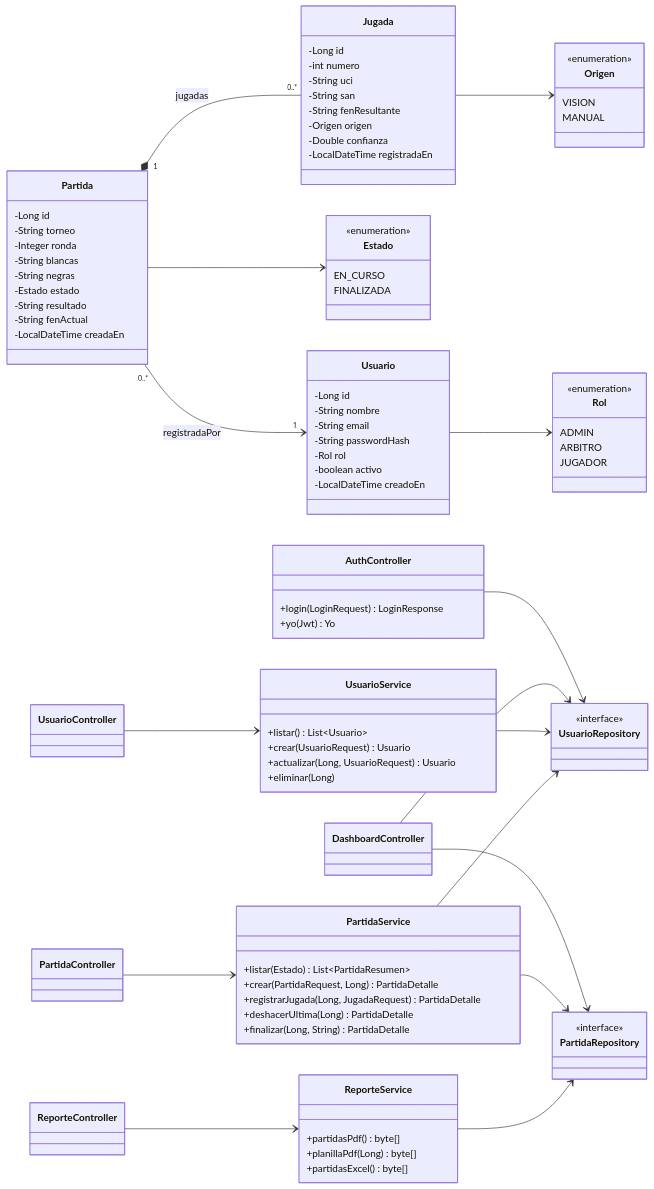
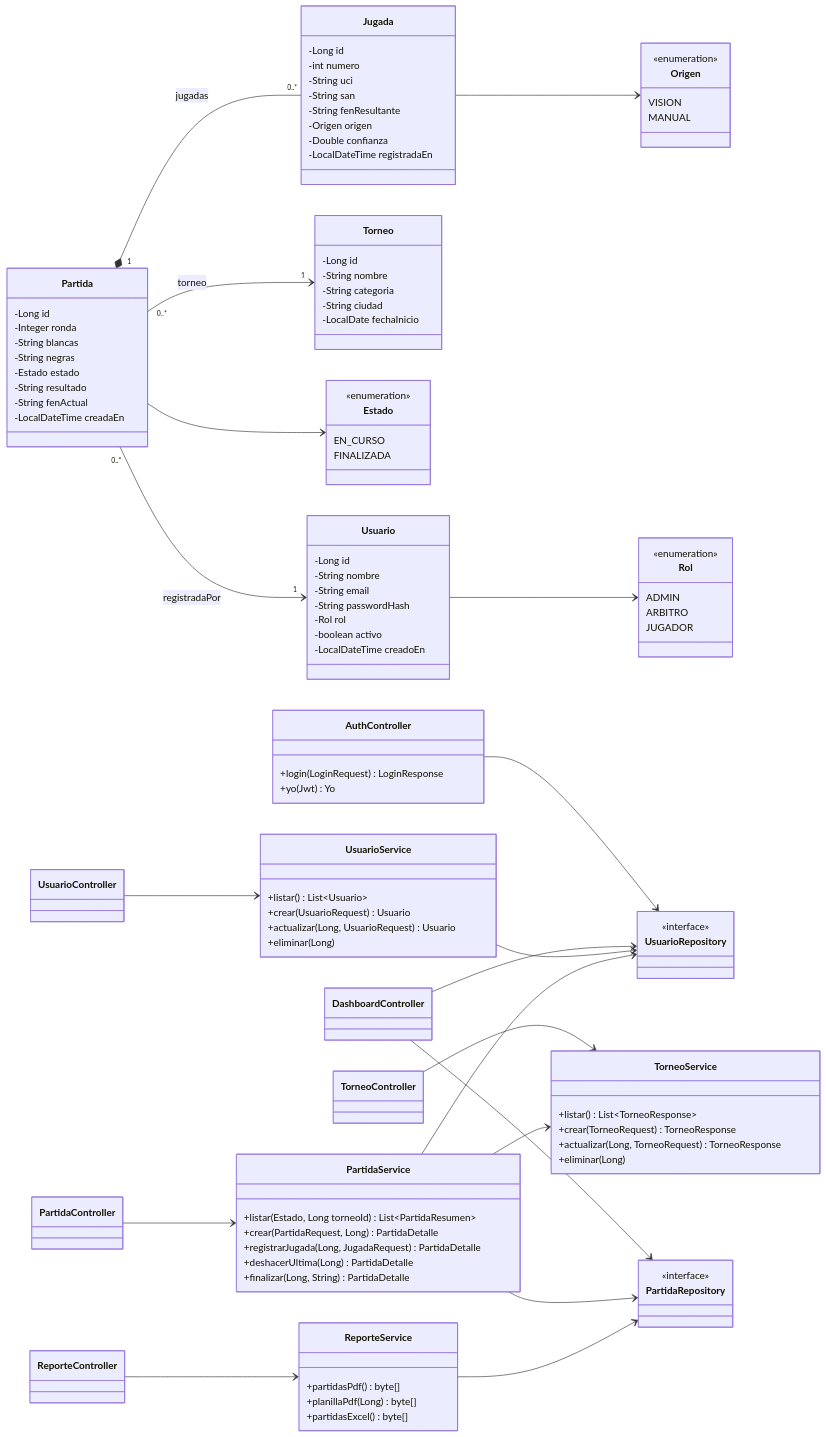
The first of 2 diagrams in docs/clases.md (dj-t4b/ajedrez-vision-fba), drawn with Mermaid before and after one commit. The commit also changed 34 other files, not shown here.

```diff
--- a/docs/clases.md
+++ b/docs/clases.md
@@ -21,9 +21,15 @@
         ARBITRO
         JUGADOR
     }
+    class Torneo {
+        -Long id
+        -String nombre
+        -String categoria
+        -String ciudad
+        -LocalDate fechaInicio
+    }
     class Partida {
         -Long id
-        -String torneo
         -Integer ronda
         -String blancas
         -String negras
@@ -60,7 +66,7 @@
         +eliminar(Long)
     }
     class PartidaService {
-        +listar(Estado) List~PartidaResumen~
+        +listar(Estado, Long torneoId) List~PartidaResumen~
         +crear(PartidaRequest, Long) PartidaDetalle
         +registrarJugada(Long, JugadaRequest) PartidaDetalle
         +deshacerUltima(Long) PartidaDetalle
@@ -91,6 +97,16 @@
     Jugada --> Origen
     Partida "1" *-- "0..*" Jugada : jugadas
     Partida "0..*" --> "1" Usuario : registradaPor
+    Partida "0..*" --> "1" Torneo : torneo
+    class TorneoService {
+        +listar() List~TorneoResponse~
+        +crear(TorneoRequest) TorneoResponse
+        +actualizar(Long, TorneoRequest) TorneoResponse
+        +eliminar(Long)
+    }
+    class TorneoController
+    TorneoController --> TorneoService
+    PartidaService --> TorneoService
 
     UsuarioController --> UsuarioService
     PartidaController --> PartidaService
```
